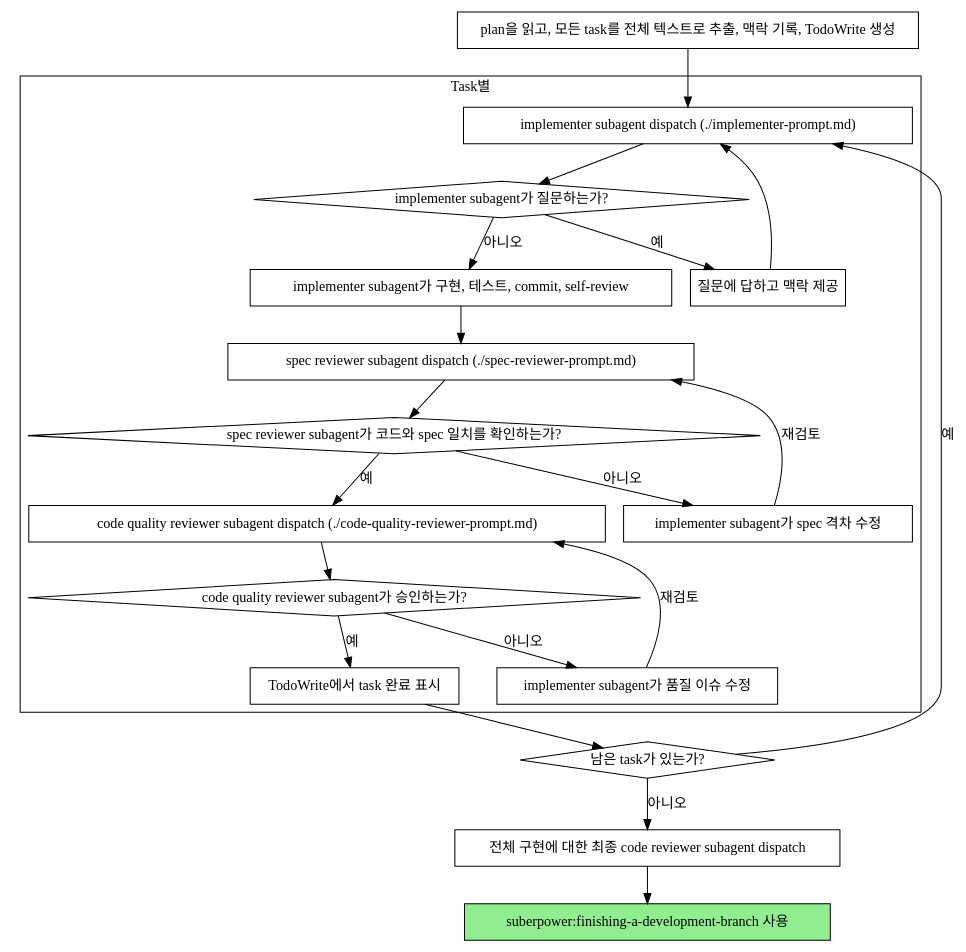
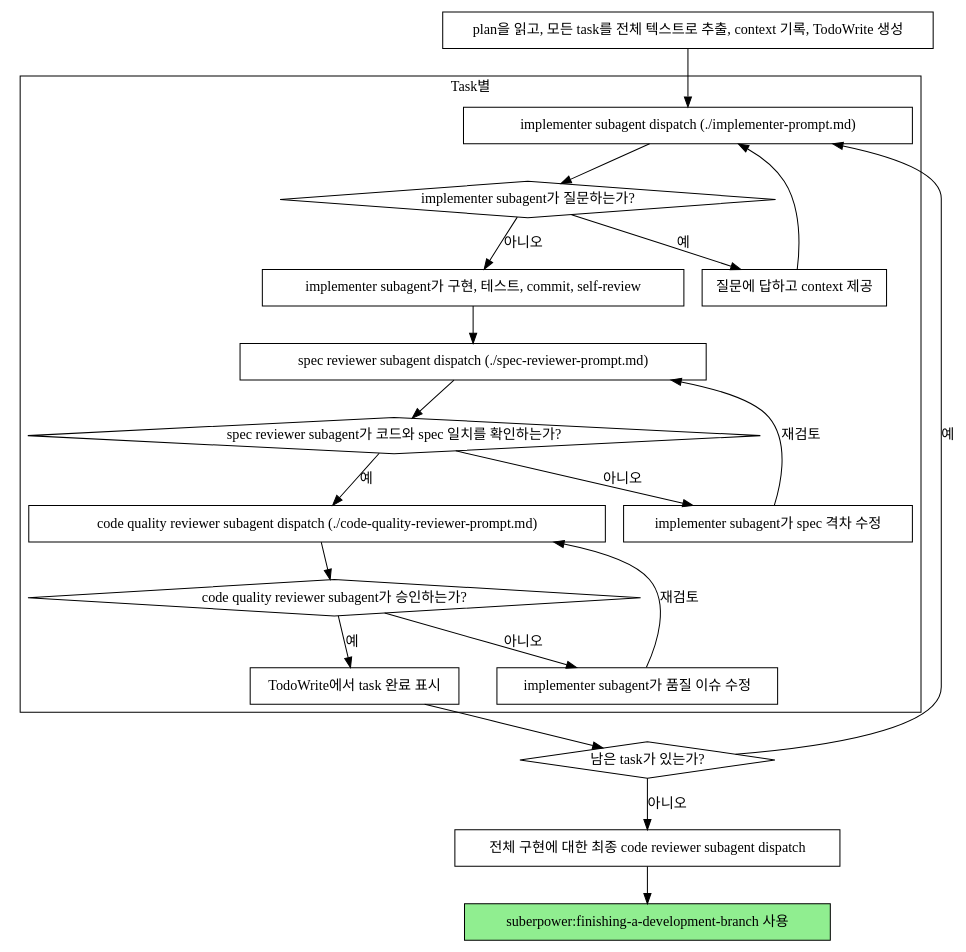
Before and after one commit to june20516/suberpower: the second of 2 diagrams in plugins/suberpower/skills/subagent-driven-development/SKILL.md, drawn with Graphviz. The commit also changed other lines of this file and 19 other files, not shown here.

````diff
--- a/plugins/suberpower/skills/subagent-driven-development/SKILL.md
+++ b/plugins/suberpower/skills/subagent-driven-development/SKILL.md
@@ -44,44 +44,44 @@
 ```dot
 digraph process {
     rankdir=TB;
 
     subgraph cluster_per_task {
         label="Task별";
         "implementer subagent dispatch (./implementer-prompt.md)" [shape=box];
         "implementer subagent가 질문하는가?" [shape=diamond];
-        "질문에 답하고 맥락 제공" [shape=box];
+        "질문에 답하고 context 제공" [shape=box];
         "implementer subagent가 구현, 테스트, commit, self-review" [shape=box];
         "spec reviewer subagent dispatch (./spec-reviewer-prompt.md)" [shape=box];
         "spec reviewer subagent가 코드와 spec 일치를 확인하는가?" [shape=diamond];
         "implementer subagent가 spec 격차 수정" [shape=box];
         "code quality reviewer subagent dispatch (./code-quality-reviewer-prompt.md)" [shape=box];
         "code quality reviewer subagent가 승인하는가?" [shape=diamond];
         "implementer subagent가 품질 이슈 수정" [shape=box];
         "TodoWrite에서 task 완료 표시" [shape=box];
     }
 
-    "plan을 읽고, 모든 task를 전체 텍스트로 추출, 맥락 기록, TodoWrite 생성" [shape=box];
+    "plan을 읽고, 모든 task를 전체 텍스트로 추출, context 기록, TodoWrite 생성" [shape=box];
     "남은 task가 있는가?" [shape=diamond];
     "전체 구현에 대한 최종 code reviewer subagent dispatch" [shape=box];
     "suberpower:finishing-a-development-branch 사용" [shape=box style=filled fillcolor=lightgreen];
 
-    "plan을 읽고, 모든 task를 전체 텍스트로 추출, 맥락 기록, TodoWrite 생성" -> "implementer subagent dispatch (./implementer-prompt.md)";
+    "plan을 읽고, 모든 task를 전체 텍스트로 추출, context 기록, TodoWrite 생성" -> "implementer subagent dispatch (./implementer-prompt.md)";
     "implementer subagent dispatch (./implementer-prompt.md)" -> "implementer subagent가 질문하는가?";
-    "implementer subagent가 질문하는가?" -> "질문에 답하고 맥락 제공" [label="예"];
-    "질문에 답하고 맥락 제공" -> "implementer subagent dispatch (./implementer-prompt.md)";
+    "implementer subagent가 질문하는가?" -> "질문에 답하고 context 제공" [label="예"];
+    "질문에 답하고 context 제공" -> "implementer subagent dispatch (./implementer-prompt.md)";
     "implementer subagent가 질문하는가?" -> "implementer subagent가 구현, 테스트, commit, self-review" [label="아니오"];
     "implementer subagent가 구현, 테스트, commit, self-review" -> "spec reviewer subagent dispatch (./spec-reviewer-prompt.md)";
     "spec reviewer subagent dispatch (./spec-reviewer-prompt.md)" -> "spec reviewer subagent가 코드와 spec 일치를 확인하는가?";
     "spec reviewer subagent가 코드와 spec 일치를 확인하는가?" -> "implementer subagent가 spec 격차 수정" [label="아니오"];
     "implementer subagent가 spec 격차 수정" -> "spec reviewer subagent dispatch (./spec-reviewer-prompt.md)" [label="재검토"];
     "spec reviewer subagent가 코드와 spec 일치를 확인하는가?" -> "code quality reviewer subagent dispatch (./code-quality-reviewer-prompt.md)" [label="예"];
     "code quality reviewer subagent dispatch (./code-quality-reviewer-prompt.md)" -> "code quality reviewer subagent가 승인하는가?";
     "code quality reviewer subagent가 승인하는가?" -> "implementer subagent가 품질 이슈 수정" [label="아니오"];
     "implementer subagent가 품질 이슈 수정" -> "code quality reviewer subagent dispatch (./code-quality-reviewer-prompt.md)" [label="재검토"];
     "code quality reviewer subagent가 승인하는가?" -> "TodoWrite에서 task 완료 표시" [label="예"];
     "TodoWrite에서 task 완료 표시" -> "남은 task가 있는가?";
     "남은 task가 있는가?" -> "implementer subagent dispatch (./implementer-prompt.md)" [label="예"];
     "남은 task가 있는가?" -> "전체 구현에 대한 최종 code reviewer subagent dispatch" [label="아니오"];
     "전체 구현에 대한 최종 code reviewer subagent dispatch" -> "suberpower:finishing-a-development-branch 사용";
 }
 ```
````
